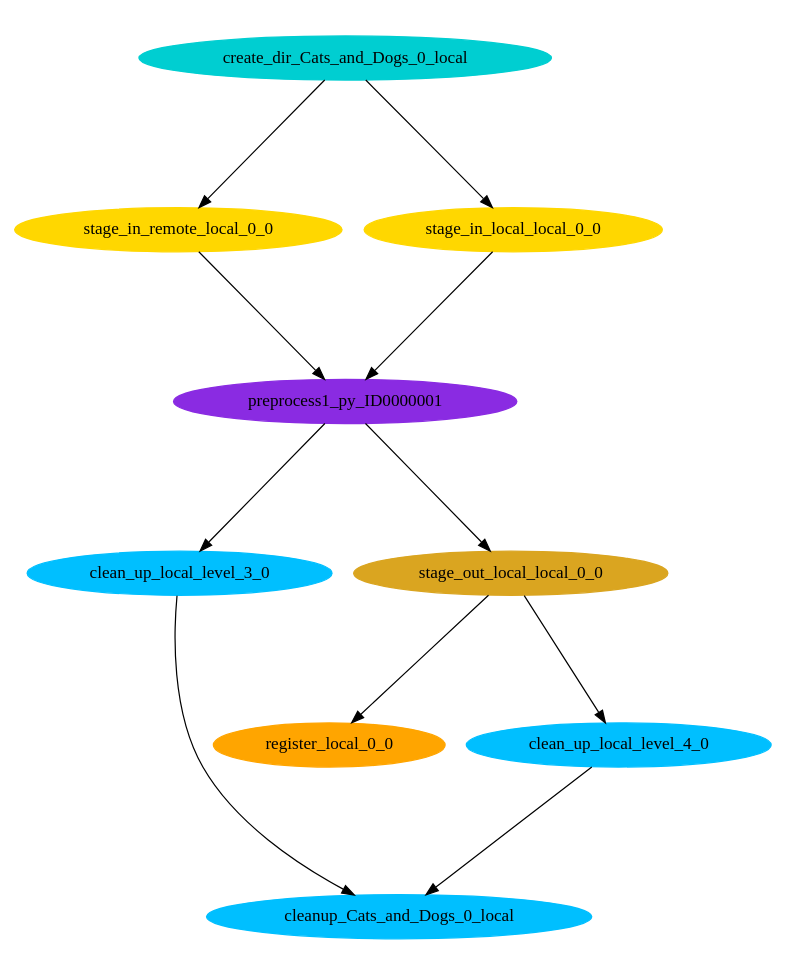
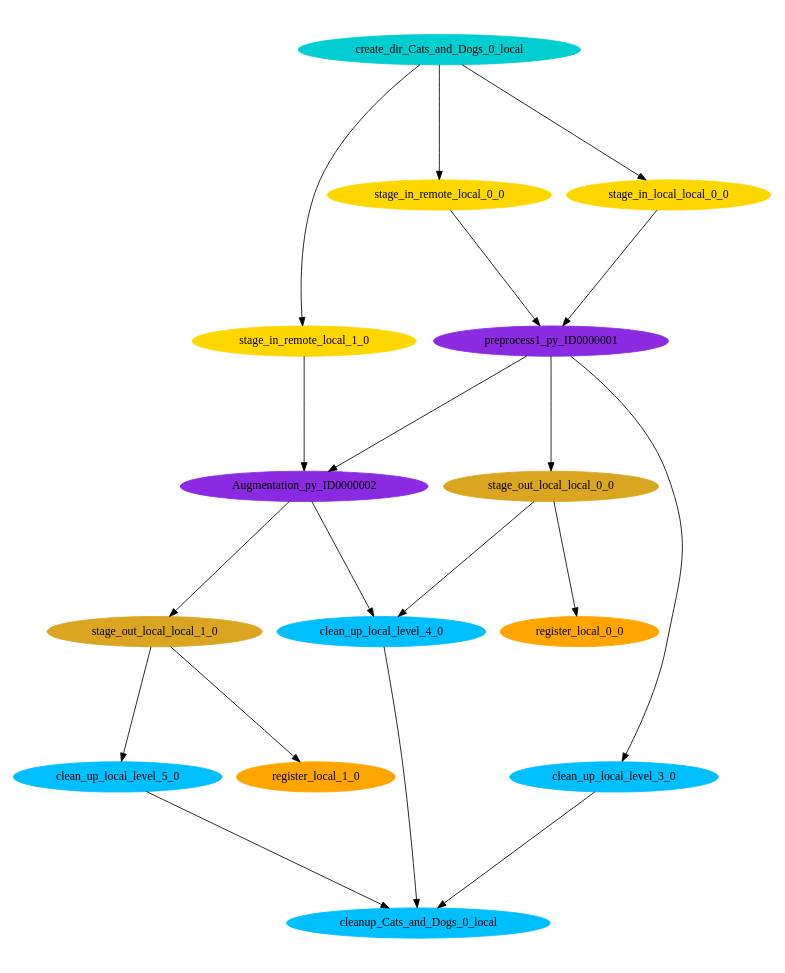
Before and after one commit to ssrujanaa/Scientific-Workflows: the diagram in shared-data/CatsAndDogs/scitech/pegasus/Cats_and_Dogs/run0005/Cats_and_Dogs-0.dot, drawn with Graphviz. The commit also changed 7309 other files, not shown here.

```diff
--- a/shared-data/CatsAndDogs/scitech/pegasus/Cats_and_Dogs/run0005/Cats_and_Dogs-0.dot
+++ b/shared-data/CatsAndDogs/scitech/pegasus/Cats_and_Dogs/run0005/Cats_and_Dogs-0.dot
@@ -1,26 +1,39 @@
 digraph E {
 size="8.0,10.0"
 ratio=fill
 node [shape=ellipse]
 edge [arrowhead=normal, arrowsize=1.0]
 	"cleanup_Cats_and_Dogs_0_local" [color=deepskyblue,style=filled,label="cleanup_Cats_and_Dogs_0_local"]
-	"create_dir_Cats_and_Dogs_0_local" [color=darkturquoise,style=filled,label="create_dir_Cats_and_Dogs_0_local"]
+	"stage_in_remote_local_1_0" [color=gold,style=filled,label="stage_in_remote_local_1_0"]
 	"stage_in_remote_local_0_0" [color=gold,style=filled,label="stage_in_remote_local_0_0"]
-	"register_local_0_0" [color=orange,style=filled,label="register_local_0_0"]
+	"stage_out_local_local_1_0" [color=goldenrod,style=filled,label="stage_out_local_local_1_0"]
 	"clean_up_local_level_3_0" [color=deepskyblue,style=filled,label="clean_up_local_level_3_0"]
 	"preprocess1_py_ID0000001" [color=blueviolet,style=filled,label="preprocess1_py_ID0000001"]
 	"stage_out_local_local_0_0" [color=goldenrod,style=filled,label="stage_out_local_local_0_0"]
 	"clean_up_local_level_4_0" [color=deepskyblue,style=filled,label="clean_up_local_level_4_0"]
+	"clean_up_local_level_5_0" [color=deepskyblue,style=filled,label="clean_up_local_level_5_0"]
 	"stage_in_local_local_0_0" [color=gold,style=filled,label="stage_in_local_local_0_0"]
+	"Augmentation_py_ID0000002" [color=blueviolet,style=filled,label="Augmentation_py_ID0000002"]
+	"create_dir_Cats_and_Dogs_0_local" [color=darkturquoise,style=filled,label="create_dir_Cats_and_Dogs_0_local"]
+	"register_local_1_0" [color=orange,style=filled,label="register_local_1_0"]
+	"register_local_0_0" [color=orange,style=filled,label="register_local_0_0"]
 
-	"create_dir_Cats_and_Dogs_0_local" -> "stage_in_remote_local_0_0"
-	"create_dir_Cats_and_Dogs_0_local" -> "stage_in_local_local_0_0"
+	"stage_in_remote_local_1_0" -> "Augmentation_py_ID0000002"
 	"stage_in_remote_local_0_0" -> "preprocess1_py_ID0000001"
+	"stage_out_local_local_1_0" -> "register_local_1_0"
+	"stage_out_local_local_1_0" -> "clean_up_local_level_5_0"
 	"clean_up_local_level_3_0" -> "cleanup_Cats_and_Dogs_0_local"
+	"preprocess1_py_ID0000001" -> "Augmentation_py_ID0000002"
 	"preprocess1_py_ID0000001" -> "clean_up_local_level_3_0"
 	"preprocess1_py_ID0000001" -> "stage_out_local_local_0_0"
 	"stage_out_local_local_0_0" -> "register_local_0_0"
 	"stage_out_local_local_0_0" -> "clean_up_local_level_4_0"
 	"clean_up_local_level_4_0" -> "cleanup_Cats_and_Dogs_0_local"
+	"clean_up_local_level_5_0" -> "cleanup_Cats_and_Dogs_0_local"
 	"stage_in_local_local_0_0" -> "preprocess1_py_ID0000001"
+	"Augmentation_py_ID0000002" -> "stage_out_local_local_1_0"
+	"Augmentation_py_ID0000002" -> "clean_up_local_level_4_0"
+	"create_dir_Cats_and_Dogs_0_local" -> "stage_in_remote_local_1_0"
+	"create_dir_Cats_and_Dogs_0_local" -> "stage_in_remote_local_0_0"
+	"create_dir_Cats_and_Dogs_0_local" -> "stage_in_local_local_0_0"
 }
```
